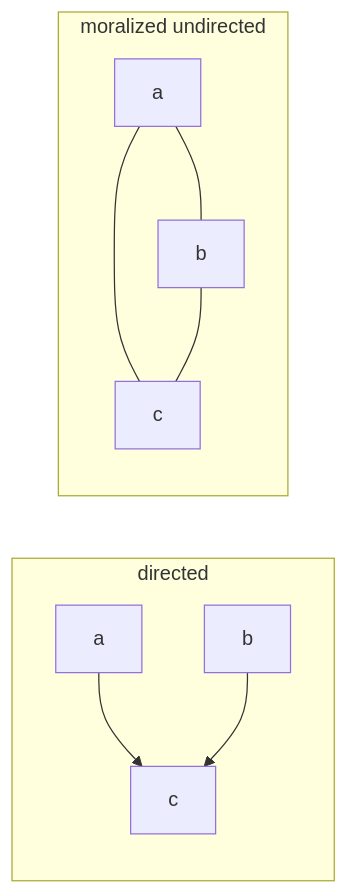
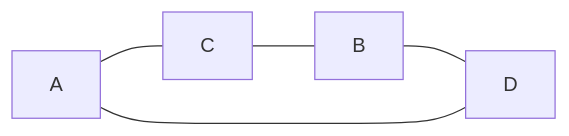
The tenth of 11 diagrams in src/learn/prml/08-graphical-models.qmd (luyiyun/Notes), drawn with Mermaid before and after one commit. The commit also changed other lines of this file, not shown here.

````diff
--- a/src/learn/prml/08-graphical-models.qmd
+++ b/src/learn/prml/08-graphical-models.qmd
@@ -764,14 +877,9 @@
 ```{mermaid}
-%%| label: fig-moralization
-%%| fig-cap: "Moralization 会连接共同子节点的父节点，然后去掉箭头。"
+%%| label: fig-undirected-only-perfect-map
+%%| fig-cap: "四节点无向环的独立性模式不能由同变量上的有向图精确表达。"
 flowchart LR
-  subgraph D["directed"]
-    A["a"] --> C["c"]
-    B["b"] --> C
-  end
-  subgraph U["moralized undirected"]
-    A2["a"] --- B2["b"]
-    A2 --- C2["c"]
-    B2 --- C2
-  end
+  A["A"] --- C["C"]
+  C --- B["B"]
+  B --- D["D"]
+  D --- A
 ```
````
